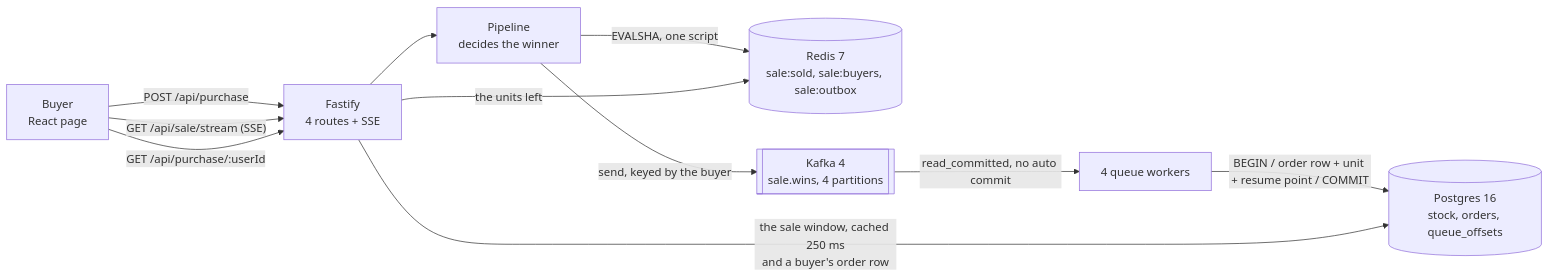
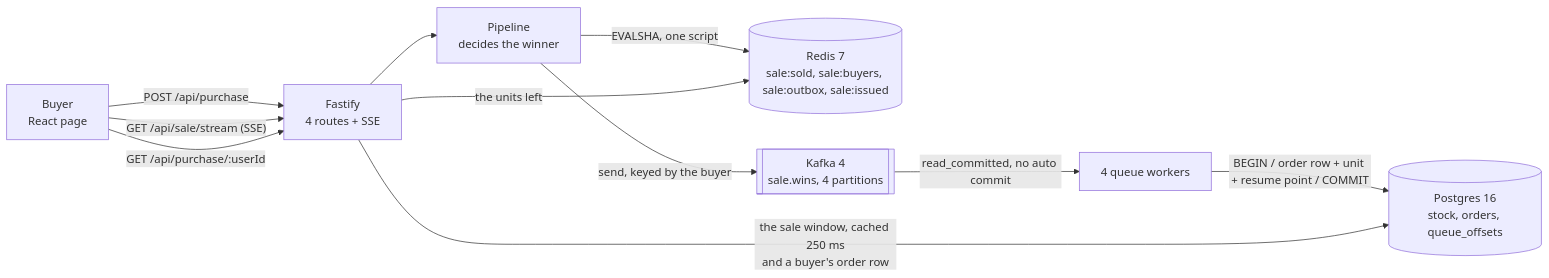
One commit to fairyhunter13/flash-sale changed the diagram in README.md. Above: the diagram before and after it, drawn with Mermaid. The commit also changed other lines of this file and 8 other files, not shown here.

````diff
--- a/README.md
+++ b/README.md
@@ -87,21 +87,21 @@
 ```mermaid
 flowchart LR
     B["Buyer<br/>React page"]
     F["Fastify<br/>4 routes + SSE"]
     PL["Pipeline<br/>decides the winner"]
-    R[("Redis 7<br/>sale:sold, sale:buyers, sale:outbox")]
+    R[("Redis 7<br/>sale:sold, sale:buyers, sale:outbox, sale:issued")]
     K[["Kafka 4<br/>sale.wins, 4 partitions"]]
     W["4 queue workers"]
     P[("Postgres 16<br/>stock, orders, queue_offsets")]
 
     B -- "POST /api/purchase" --> F
     B -- "GET /api/sale/stream (SSE)" --> F
     B -- "GET /api/purchase/:userId" --> F
     F --> PL
     PL -- "EVALSHA, one script" --> R
     PL -- "send, keyed by the buyer" --> K
     K -- "read_committed, no auto commit" --> W
     W -- "BEGIN / order row + unit + resume point / COMMIT" --> P
     F -- "the units left" --> R
     F -- "the sale window, cached 250 ms<br/>and a buyer's order row" --> P
 ```
````
